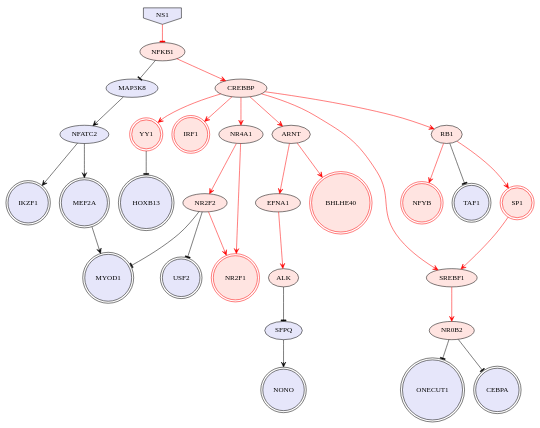
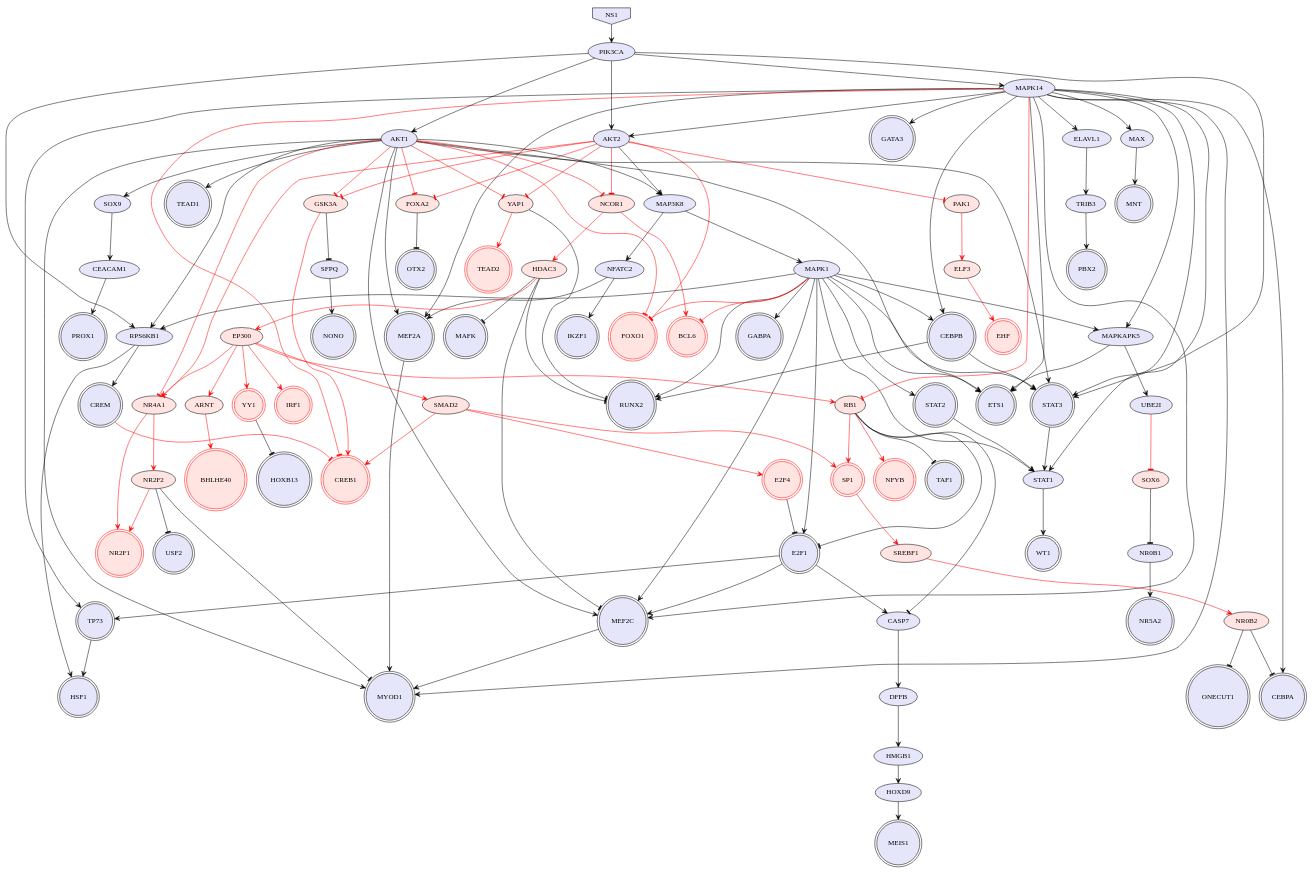
One commit to COVID-19-Causal-Reasoning/InfluenzaSBMLdemo changed the diagram in ResultsCARNIVAL_VN1203vsNS1_for_0hr/network_solution.dot. Above: the diagram before and after it, drawn with Graphviz. The commit also changed 26 other files, not shown here.

```diff
--- a/ResultsCARNIVAL_VN1203vsNS1_for_0hr/network_solution.dot
+++ b/ResultsCARNIVAL_VN1203vsNS1_for_0hr/network_solution.dot
@@ -1,65 +1,216 @@
 digraph {
 
+MAPK14->GATA3 [penwidth=1, color=black, arrowhead="vee"]
+MAPK14->MAPKAPK5 [penwidth=1, color=black, arrowhead="vee"]
+MAPK14->STAT3 [penwidth=1, color=black, arrowhead="vee"]
+MAPK14->ELAVL1 [penwidth=1, color=black, arrowhead="vee"]
+MAPK14->STAT1 [penwidth=1, color=black, arrowhead="vee"]
+MAPK14->TP73 [penwidth=1, color=black, arrowhead="vee"]
+MAPK14->AKT2 [penwidth=1, color=black, arrowhead="vee"]
+MAPK14->CEBPB [penwidth=1, color=black, arrowhead="vee"]
+MAPK14->MEF2A [penwidth=1, color=black, arrowhead="vee"]
+MAPK14->CEBPA [penwidth=1, color=black, arrowhead="vee"]
+MAPK14->MAX [penwidth=1, color=black, arrowhead="vee"]
+MAPK14->MEF2C [penwidth=1, color=black, arrowhead="vee"]
+MAPK14->MYOD1 [penwidth=1, color=black, arrowhead="vee"]
+MAPK14->ETS1 [penwidth=1, color=black, arrowhead="vee"]
+MAPK1->GABPA [penwidth=1, color=black, arrowhead="vee"]
+MAPK1->E2F1 [penwidth=1, color=black, arrowhead="vee"]
+MAPK1->MAPKAPK5 [penwidth=1, color=black, arrowhead="vee"]
+MAPK1->STAT3 [penwidth=1, color=black, arrowhead="vee"]
+MAPK1->STAT1 [penwidth=1, color=black, arrowhead="vee"]
+MAPK1->RPS6KB1 [penwidth=1, color=black, arrowhead="vee"]
+MAPK1->CEBPB [penwidth=1, color=black, arrowhead="vee"]
+MAPK1->STAT2 [penwidth=1, color=black, arrowhead="vee"]
+MAPK1->MEF2C [penwidth=1, color=black, arrowhead="vee"]
+MAPK1->RUNX2 [penwidth=1, color=black, arrowhead="vee"]
+MAPK1->ETS1 [penwidth=1, color=black, arrowhead="vee"]
+AKT1->STAT3 [penwidth=1, color=black, arrowhead="vee"]
+AKT1->MAP3K8 [penwidth=1, color=black, arrowhead="vee"]
+AKT1->RPS6KB1 [penwidth=1, color=black, arrowhead="vee"]
+AKT1->MEF2A [penwidth=1, color=black, arrowhead="vee"]
+AKT1->MEF2C [penwidth=1, color=black, arrowhead="vee"]
+AKT1->TEAD1 [penwidth=1, color=black, arrowhead="vee"]
+AKT1->MYOD1 [penwidth=1, color=black, arrowhead="vee"]
+AKT1->ETS1 [penwidth=1, color=black, arrowhead="vee"]
+AKT1->SOX9 [penwidth=1, color=black, arrowhead="vee"]
+E2F1->TP73 [penwidth=1, color=black, arrowhead="vee"]
+E2F1->MEF2C [penwidth=1, color=black, arrowhead="vee"]
+E2F1->CASP7 [penwidth=1, color=black, arrowhead="vee"]
+MAPKAPK5->UBE2I [penwidth=1, color=black, arrowhead="vee"]
+MAPKAPK5->ETS1 [penwidth=1, color=black, arrowhead="vee"]
+STAT3->STAT1 [penwidth=1, color=black, arrowhead="vee"]
+ELAVL1->TRIB3 [penwidth=1, color=black, arrowhead="vee"]
+STAT1->WT1 [penwidth=1, color=black, arrowhead="vee"]
+MAP3K8->MAPK1 [penwidth=1, color=black, arrowhead="vee"]
 MAP3K8->NFATC2 [penwidth=1, color=black, arrowhead="vee"]
+TP73->HSF1 [penwidth=1, color=black, arrowhead="vee"]
+RPS6KB1->HSF1 [penwidth=1, color=black, arrowhead="vee"]
+RPS6KB1->CREM [penwidth=1, color=black, arrowhead="vee"]
 SFPQ->NONO [penwidth=1, color=black, arrowhead="vee"]
+AKT2->MAP3K8 [penwidth=1, color=black, arrowhead="vee"]
+RB1->E2F1 [penwidth=1, color=black, arrowhead="tee"]
 RB1->TAF1 [penwidth=1, color=black, arrowhead="tee"]
-NFKB1->MAP3K8 [penwidth=1, color=black, arrowhead="tee"]
+RB1->CASP7 [penwidth=1, color=black, arrowhead="tee"]
+HDAC3->MEF2C [penwidth=1, color=black, arrowhead="tee"]
+HDAC3->RUNX2 [penwidth=1, color=black, arrowhead="tee"]
+HDAC3->MAFK [penwidth=1, color=black, arrowhead="tee"]
+GSK3A->SFPQ [penwidth=1, color=black, arrowhead="tee"]
+CEBPB->STAT3 [penwidth=1, color=black, arrowhead="vee"]
+CEBPB->RUNX2 [penwidth=1, color=black, arrowhead="vee"]
 MEF2A->MYOD1 [penwidth=1, color=black, arrowhead="vee"]
+YAP1->RUNX2 [penwidth=1, color=black, arrowhead="tee"]
+MAX->MNT [penwidth=1, color=black, arrowhead="vee"]
+STAT2->STAT1 [penwidth=1, color=black, arrowhead="vee"]
+MEF2C->MYOD1 [penwidth=1, color=black, arrowhead="vee"]
+NR0B1->NR5A2 [penwidth=1, color=black, arrowhead="vee"]
 NR0B2->CEBPA [penwidth=1, color=black, arrowhead="tee"]
 NR0B2->ONECUT1 [penwidth=1, color=black, arrowhead="tee"]
 NR2F2->MYOD1 [penwidth=1, color=black, arrowhead="tee"]
 NR2F2->USF2 [penwidth=1, color=black, arrowhead="tee"]
-ALK->SFPQ [penwidth=1, color=black, arrowhead="tee"]
 YY1->HOXB13 [penwidth=1, color=black, arrowhead="tee"]
+HMGB1->HOXD9 [penwidth=1, color=black, arrowhead="vee"]
+HOXD9->MEIS1 [penwidth=1, color=black, arrowhead="vee"]
 NFATC2->MEF2A [penwidth=1, color=black, arrowhead="vee"]
 NFATC2->IKZF1 [penwidth=1, color=black, arrowhead="vee"]
-CREBBP->IRF1 [penwidth=1, color=red, arrowhead="vee"]
-CREBBP->RB1 [penwidth=1, color=red, arrowhead="vee"]
-CREBBP->NR4A1 [penwidth=1, color=red, arrowhead="vee"]
-CREBBP->YY1 [penwidth=1, color=red, arrowhead="vee"]
-CREBBP->ARNT [penwidth=1, color=red, arrowhead="vee"]
-CREBBP->SREBF1 [penwidth=1, color=red, arrowhead="vee"]
+PIK3CA->MAPK14 [penwidth=1, color=black, arrowhead="vee"]
+PIK3CA->AKT1 [penwidth=1, color=black, arrowhead="vee"]
+PIK3CA->STAT3 [penwidth=1, color=black, arrowhead="vee"]
+PIK3CA->RPS6KB1 [penwidth=1, color=black, arrowhead="vee"]
+PIK3CA->AKT2 [penwidth=1, color=black, arrowhead="vee"]
+CASP7->DFFB [penwidth=1, color=black, arrowhead="vee"]
+TRIB3->PBX2 [penwidth=1, color=black, arrowhead="vee"]
+FOXA2->OTX2 [penwidth=1, color=black, arrowhead="tee"]
+DFFB->HMGB1 [penwidth=1, color=black, arrowhead="vee"]
+CEACAM1->PROX1 [penwidth=1, color=black, arrowhead="vee"]
+SOX9->CEACAM1 [penwidth=1, color=black, arrowhead="vee"]
+E2F4->E2F1 [penwidth=1, color=black, arrowhead="tee"]
+SOX6->NR0B1 [penwidth=1, color=black, arrowhead="tee"]
+NS1->PIK3CA [penwidth=1, color=black, arrowhead="vee"]
+MAPK14->RB1 [penwidth=1, color=red, arrowhead="tee"]
+MAPK14->CREB1 [penwidth=1, color=red, arrowhead="tee"]
+MAPK1->FOXO1 [penwidth=1, color=red, arrowhead="tee"]
+MAPK1->BCL6 [penwidth=1, color=red, arrowhead="tee"]
+AKT1->FOXO1 [penwidth=1, color=red, arrowhead="tee"]
+AKT1->GSK3A [penwidth=1, color=red, arrowhead="tee"]
+AKT1->YAP1 [penwidth=1, color=red, arrowhead="tee"]
+AKT1->NCOR1 [penwidth=1, color=red, arrowhead="tee"]
+AKT1->NR4A1 [penwidth=1, color=red, arrowhead="tee"]
+AKT1->FOXA2 [penwidth=1, color=red, arrowhead="tee"]
+PAK1->ELF3 [penwidth=1, color=red, arrowhead="vee"]
+SMAD2->SP1 [penwidth=1, color=red, arrowhead="vee"]
+SMAD2->CREB1 [penwidth=1, color=red, arrowhead="vee"]
+SMAD2->E2F4 [penwidth=1, color=red, arrowhead="vee"]
 SP1->SREBF1 [penwidth=1, color=red, arrowhead="vee"]
+EP300->SMAD2 [penwidth=1, color=red, arrowhead="vee"]
+EP300->IRF1 [penwidth=1, color=red, arrowhead="vee"]
+EP300->RB1 [penwidth=1, color=red, arrowhead="vee"]
+EP300->NR4A1 [penwidth=1, color=red, arrowhead="vee"]
+EP300->YY1 [penwidth=1, color=red, arrowhead="vee"]
+EP300->ARNT [penwidth=1, color=red, arrowhead="vee"]
+AKT2->PAK1 [penwidth=1, color=red, arrowhead="tee"]
+AKT2->FOXO1 [penwidth=1, color=red, arrowhead="tee"]
+AKT2->GSK3A [penwidth=1, color=red, arrowhead="tee"]
+AKT2->YAP1 [penwidth=1, color=red, arrowhead="tee"]
+AKT2->NCOR1 [penwidth=1, color=red, arrowhead="tee"]
+AKT2->NR4A1 [penwidth=1, color=red, arrowhead="tee"]
+AKT2->FOXA2 [penwidth=1, color=red, arrowhead="tee"]
 RB1->SP1 [penwidth=1, color=red, arrowhead="vee"]
 RB1->NFYB [penwidth=1, color=red, arrowhead="vee"]
-NFKB1->CREBBP [penwidth=1, color=red, arrowhead="vee"]
-EFNA1->ALK [penwidth=1, color=red, arrowhead="vee"]
+HDAC3->EP300 [penwidth=1, color=red, arrowhead="vee"]
+GSK3A->CREB1 [penwidth=1, color=red, arrowhead="vee"]
+UBE2I->SOX6 [penwidth=1, color=red, arrowhead="tee"]
+YAP1->TEAD2 [penwidth=1, color=red, arrowhead="vee"]
+NCOR1->HDAC3 [penwidth=1, color=red, arrowhead="vee"]
+NCOR1->BCL6 [penwidth=1, color=red, arrowhead="vee"]
 NR2F2->NR2F1 [penwidth=1, color=red, arrowhead="vee"]
 NR4A1->NR2F2 [penwidth=1, color=red, arrowhead="vee"]
 NR4A1->NR2F1 [penwidth=1, color=red, arrowhead="vee"]
-ARNT->EFNA1 [penwidth=1, color=red, arrowhead="vee"]
 ARNT->BHLHE40 [penwidth=1, color=red, arrowhead="vee"]
 SREBF1->NR0B2 [penwidth=1, color=red, arrowhead="vee"]
-NS1->NFKB1 [penwidth=1, color=red, arrowhead="tee"]
+ELF3->EHF [penwidth=1, color=red, arrowhead="vee"]
+CREM->CREB1 [penwidth=1, color=red, arrowhead="tee"]
 NS1 [style=filled, color=black, fillcolor=lavender, shape=invhouse];
 MEF2A [style=filled, color=black, fillcolor=lavender, shape=doublecircle];
 HOXB13 [style=filled, color=black, fillcolor=lavender, shape=doublecircle];
+FOXO1 [style=filled, color=red, fillcolor=mistyrose, shape=doublecircle];
 CEBPA [style=filled, color=black, fillcolor=lavender, shape=doublecircle];
 USF2 [style=filled, color=black, fillcolor=lavender, shape=doublecircle];
+NR5A2 [style=filled, color=black, fillcolor=lavender, shape=doublecircle];
 BHLHE40 [style=filled, color=red, fillcolor=mistyrose, shape=doublecircle];
+WT1 [style=filled, color=black, fillcolor=lavender, shape=doublecircle];
+MAFK [style=filled, color=black, fillcolor=lavender, shape=doublecircle];
+TP73 [style=filled, color=black, fillcolor=lavender, shape=doublecircle];
 IKZF1 [style=filled, color=black, fillcolor=lavender, shape=doublecircle];
 NR2F1 [style=filled, color=red, fillcolor=mistyrose, shape=doublecircle];
+STAT3 [style=filled, color=black, fillcolor=lavender, shape=doublecircle];
+GABPA [style=filled, color=black, fillcolor=lavender, shape=doublecircle];
+TEAD1 [style=filled, color=black, fillcolor=lavender, shape=doublecircle];
+RUNX2 [style=filled, color=black, fillcolor=lavender, shape=doublecircle];
 NONO [style=filled, color=black, fillcolor=lavender, shape=doublecircle];
+PBX2 [style=filled, color=black, fillcolor=lavender, shape=doublecircle];
+OTX2 [style=filled, color=black, fillcolor=lavender, shape=doublecircle];
+MNT [style=filled, color=black, fillcolor=lavender, shape=doublecircle];
 ONECUT1 [style=filled, color=black, fillcolor=lavender, shape=doublecircle];
+GATA3 [style=filled, color=black, fillcolor=lavender, shape=doublecircle];
+MEF2C [style=filled, color=black, fillcolor=lavender, shape=doublecircle];
 SP1 [style=filled, color=red, fillcolor=mistyrose, shape=doublecircle];
 MYOD1 [style=filled, color=black, fillcolor=lavender, shape=doublecircle];
+STAT2 [style=filled, color=black, fillcolor=lavender, shape=doublecircle];
+MEIS1 [style=filled, color=black, fillcolor=lavender, shape=doublecircle];
+TEAD2 [style=filled, color=red, fillcolor=mistyrose, shape=doublecircle];
 TAF1 [style=filled, color=black, fillcolor=lavender, shape=doublecircle];
+BCL6 [style=filled, color=red, fillcolor=mistyrose, shape=doublecircle];
+ETS1 [style=filled, color=black, fillcolor=lavender, shape=doublecircle];
+CREB1 [style=filled, color=red, fillcolor=mistyrose, shape=doublecircle];
+HSF1 [style=filled, color=black, fillcolor=lavender, shape=doublecircle];
+PROX1 [style=filled, color=black, fillcolor=lavender, shape=doublecircle];
+E2F4 [style=filled, color=red, fillcolor=mistyrose, shape=doublecircle];
+E2F1 [style=filled, color=black, fillcolor=lavender, shape=doublecircle];
 IRF1 [style=filled, color=red, fillcolor=mistyrose, shape=doublecircle];
+CREM [style=filled, color=black, fillcolor=lavender, shape=doublecircle];
+CEBPB [style=filled, color=black, fillcolor=lavender, shape=doublecircle];
+EHF [style=filled, color=red, fillcolor=mistyrose, shape=doublecircle];
 YY1 [style=filled, color=red, fillcolor=mistyrose, shape=doublecircle];
 NFYB [style=filled, color=red, fillcolor=mistyrose, shape=doublecircle];
+MAPK14 [style=filled, fillcolor=lavender];
+MAPK1 [style=filled, fillcolor=lavender];
+AKT1 [style=filled, fillcolor=lavender];
+MAPKAPK5 [style=filled, fillcolor=lavender];
+ELAVL1 [style=filled, fillcolor=lavender];
+STAT1 [style=filled, fillcolor=lavender];
 MAP3K8 [style=filled, fillcolor=lavender];
+RPS6KB1 [style=filled, fillcolor=lavender];
 SFPQ [style=filled, fillcolor=lavender];
+AKT2 [style=filled, fillcolor=lavender];
 RB1 [style=filled, fillcolor=mistyrose];
-NFKB1 [style=filled, fillcolor=mistyrose];
+HDAC3 [style=filled, fillcolor=mistyrose];
+GSK3A [style=filled, fillcolor=mistyrose];
+YAP1 [style=filled, fillcolor=mistyrose];
+MAX [style=filled, fillcolor=lavender];
+NR0B1 [style=filled, fillcolor=lavender];
 NR0B2 [style=filled, fillcolor=mistyrose];
 NR2F2 [style=filled, fillcolor=mistyrose];
-ALK [style=filled, fillcolor=mistyrose];
+HMGB1 [style=filled, fillcolor=lavender];
+HOXD9 [style=filled, fillcolor=lavender];
 NFATC2 [style=filled, fillcolor=lavender];
-CREBBP [style=filled, fillcolor=mistyrose];
-EFNA1 [style=filled, fillcolor=mistyrose];
+PIK3CA [style=filled, fillcolor=lavender];
+CASP7 [style=filled, fillcolor=lavender];
+TRIB3 [style=filled, fillcolor=lavender];
+FOXA2 [style=filled, fillcolor=mistyrose];
+DFFB [style=filled, fillcolor=lavender];
+CEACAM1 [style=filled, fillcolor=lavender];
+SOX9 [style=filled, fillcolor=lavender];
+SOX6 [style=filled, fillcolor=mistyrose];
+PAK1 [style=filled, fillcolor=mistyrose];
+SMAD2 [style=filled, fillcolor=mistyrose];
+EP300 [style=filled, fillcolor=mistyrose];
+UBE2I [style=filled, fillcolor=lavender];
+NCOR1 [style=filled, fillcolor=mistyrose];
 NR4A1 [style=filled, fillcolor=mistyrose];
 ARNT [style=filled, fillcolor=mistyrose];
 SREBF1 [style=filled, fillcolor=mistyrose];
+ELF3 [style=filled, fillcolor=mistyrose];
 
 
 }
```
